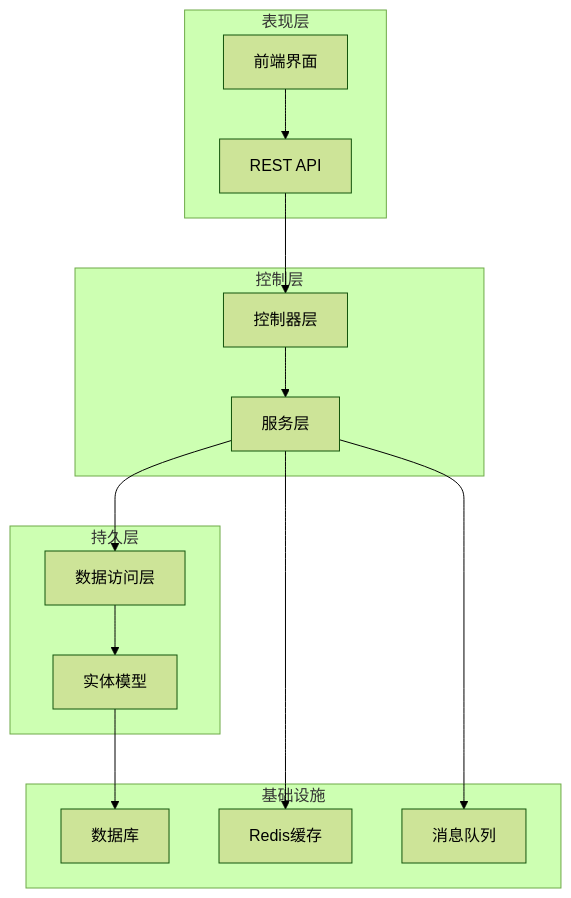
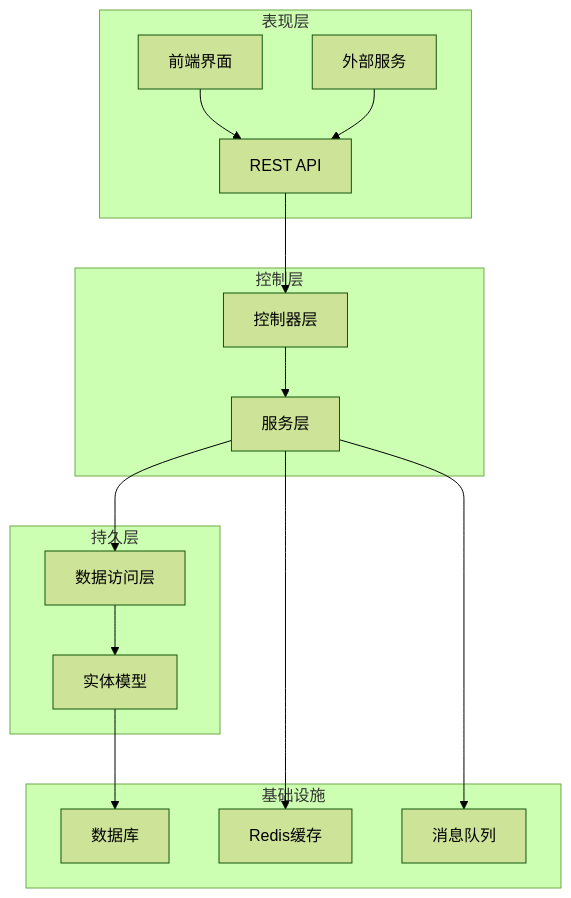
Before and after one commit to yaomindong1996/forge-admin: the second of 6 diagrams in .qoder/repowiki/zh/content/核心功能模块/工作流管理系统.md, drawn with Mermaid (forest theme). The commit also changed other lines of this file and 76 other files, not shown here.

````diff
--- a/.qoder/repowiki/zh/content/核心功能模块/工作流管理系统.md
+++ b/.qoder/repowiki/zh/content/核心功能模块/工作流管理系统.md
@@ -158,28 +170,30 @@
 ```mermaid
 graph TB
 subgraph "表现层"
 UI[前端界面]
 API[REST API]
+ENDUSER[外部服务]
 end
 subgraph "控制层"
 CONTROLLER[控制器层]
 SERVICE[服务层]
 end
 subgraph "持久层"
 DAO[数据访问层]
 ENTITY[实体模型]
 end
 subgraph "基础设施"
 DATABASE[数据库]
 REDIS[Redis缓存]
 MQ[消息队列]
 end
 UI --> API
 API --> CONTROLLER
 CONTROLLER --> SERVICE
 SERVICE --> DAO
 DAO --> ENTITY
 ENTITY --> DATABASE
 SERVICE --> REDIS
 SERVICE --> MQ
+ENDUSER --> API
 ```
````
